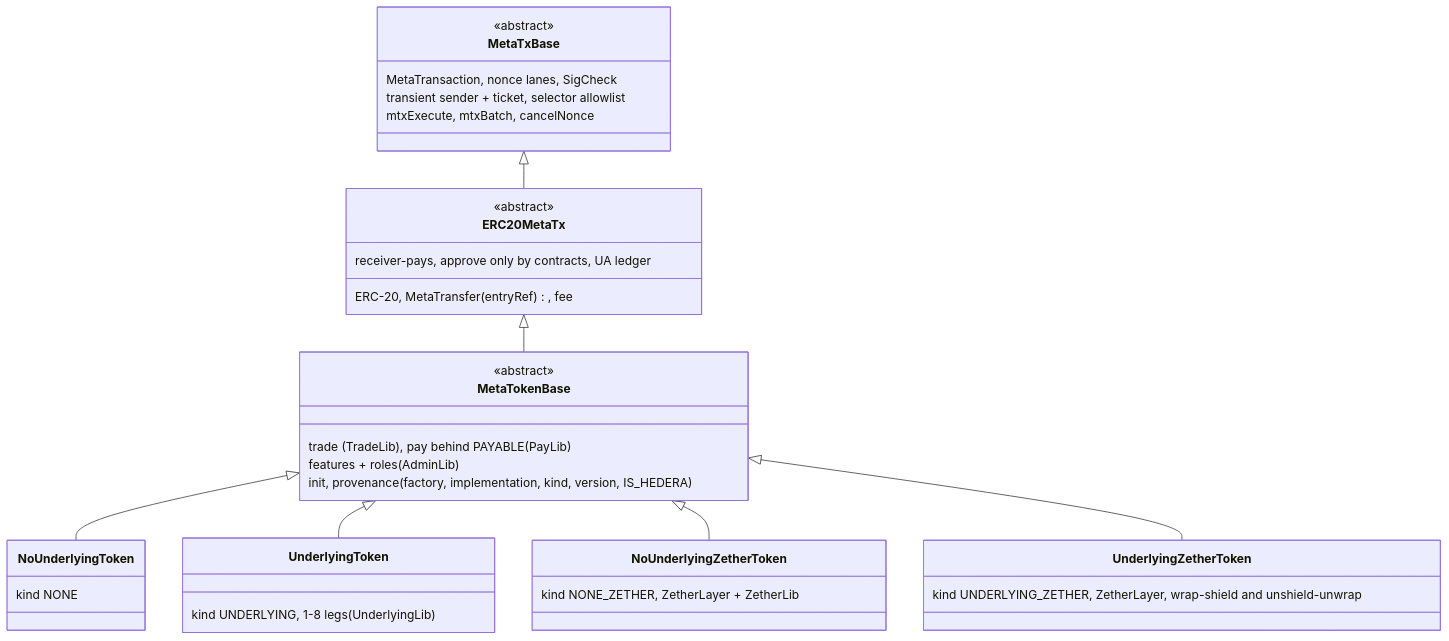
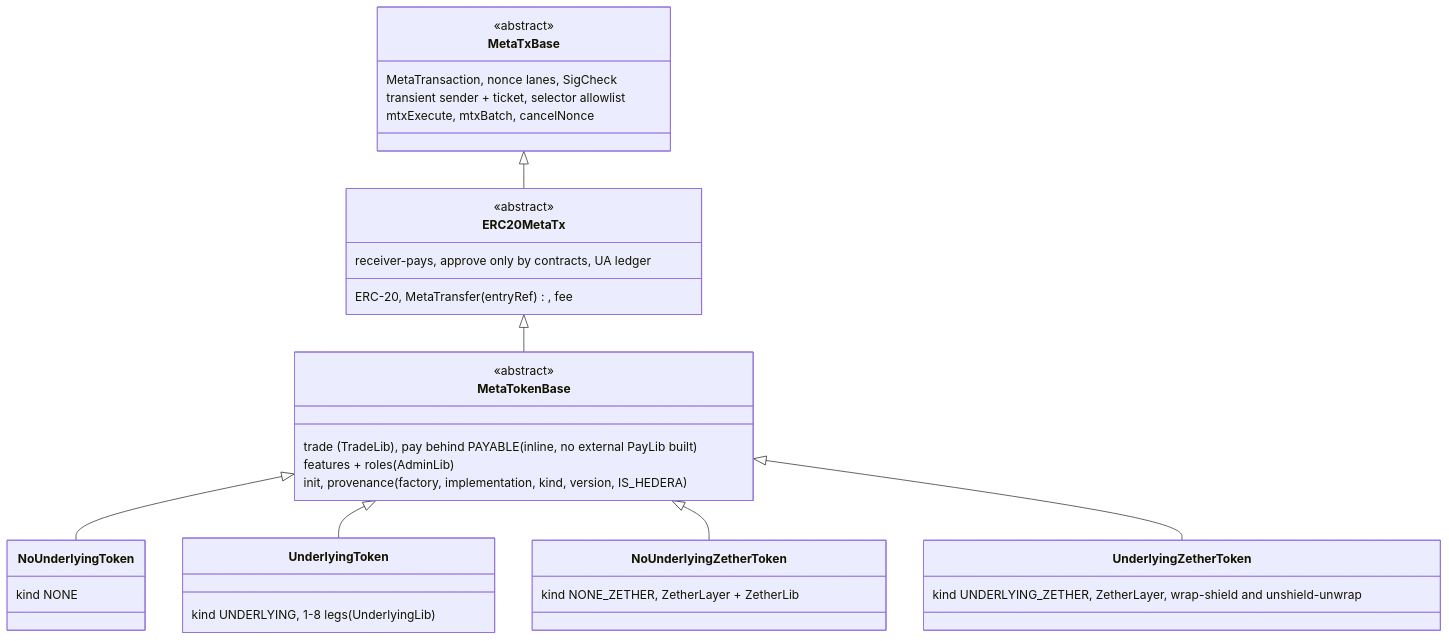
The diagram in docs/contracts/token-wrappers.md (dinhduongha/scaas), drawn with Mermaid before and after one commit. The commit also changed other lines of this file and 2 other files, not shown here.

Commit message:
P1c final review: token-wrappers/metatx/asset-suite docs match the built set (PAYABLE scope, ITokenAdmin interfaces, MINTABLE-clear rule, IS_HEDERA, no PayLib)

````diff
--- a/docs/contracts/token-wrappers.md
+++ b/docs/contracts/token-wrappers.md
@@ -33,30 +33,30 @@
 ```mermaid
 classDiagram
     MetaTxBase <|-- ERC20MetaTx
     ERC20MetaTx <|-- MetaTokenBase
     MetaTokenBase <|-- NoUnderlyingToken
     MetaTokenBase <|-- UnderlyingToken
     MetaTokenBase <|-- NoUnderlyingZetherToken
     MetaTokenBase <|-- UnderlyingZetherToken
     class MetaTxBase {
         <<abstract>>
         MetaTransaction, nonce lanes, SigCheck
         transient sender + ticket, selector allowlist
         mtxExecute, mtxBatch, cancelNonce
     }
     class ERC20MetaTx {
         <<abstract>>
         ERC-20, MetaTransfer (entryRef), fee
         receiver-pays, approve only by contracts, UA ledger
     }
     class MetaTokenBase {
         <<abstract>>
-        trade (TradeLib), pay behind PAYABLE (PayLib)
+        trade (TradeLib), pay behind PAYABLE (inline, no external PayLib built)
         features + roles (AdminLib)
         init, provenance (factory, implementation, kind, version, IS_HEDERA)
     }
     class NoUnderlyingToken { kind NONE }
     class UnderlyingToken { kind UNDERLYING, 1-8 legs (UnderlyingLib) }
     class NoUnderlyingZetherToken { kind NONE_ZETHER, ZetherLayer + ZetherLib }
     class UnderlyingZetherToken { kind UNDERLYING_ZETHER, ZetherLayer, wrap-shield and unshield-unwrap }
 ```
````
